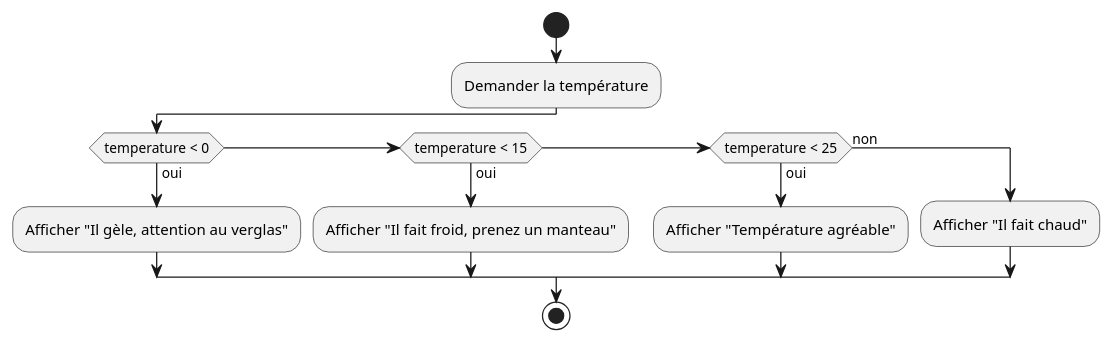
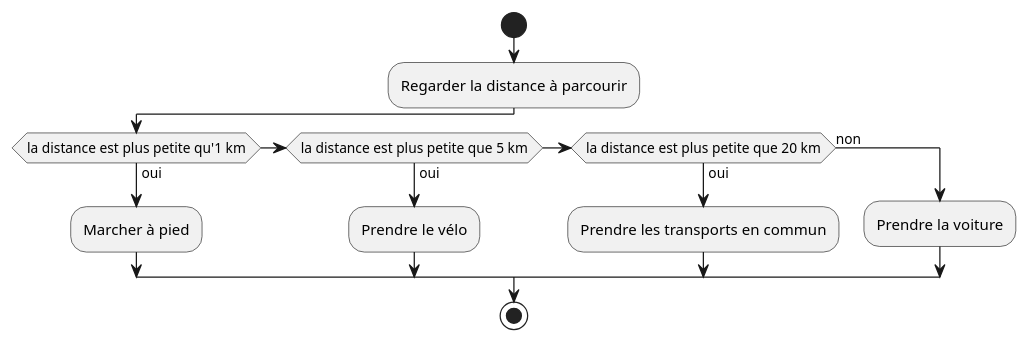
Before and after one commit to HEIG-VD-Prog-Course/HEIG-VD-ProgIM-Course: the fourth of 7 diagrams in 02.01-sequence-selection-iteration/01-supports-de-cours/README.md, drawn with PlantUML. The commit also changed other lines of this file and 1 other file, not shown here.

Commit message:
Refactor exercises in sequence, selection, and iteration section: (#15)

````diff
--- a/02.01-sequence-selection-iteration/01-supports-de-cours/README.md
+++ b/02.01-sequence-selection-iteration/01-supports-de-cours/README.md
@@ -589,16 +546,16 @@
 ```plantuml
 @startuml
 start
-:Demander la température;
-if (temperature < 0) then (oui)
-    :Afficher "Il gèle, attention au verglas";
-elseif (temperature < 15) then (oui)
-    :Afficher "Il fait froid, prenez un manteau";
-elseif (temperature < 25) then (oui)
-    :Afficher "Température agréable";
+:Regarder la distance à parcourir;
+if (la distance est plus petite qu'1 km) then (oui)
+    :Marcher à pied;
+elseif (la distance est plus petite que 5 km) then (oui)
+    :Prendre le vélo;
+elseif (la distance est plus petite que 20 km) then (oui)
+    :Prendre les transports en commun;
 else (non)
-    :Afficher "Il fait chaud";
+    :Prendre la voiture;
 endif
 stop
 @enduml
 ```
````
